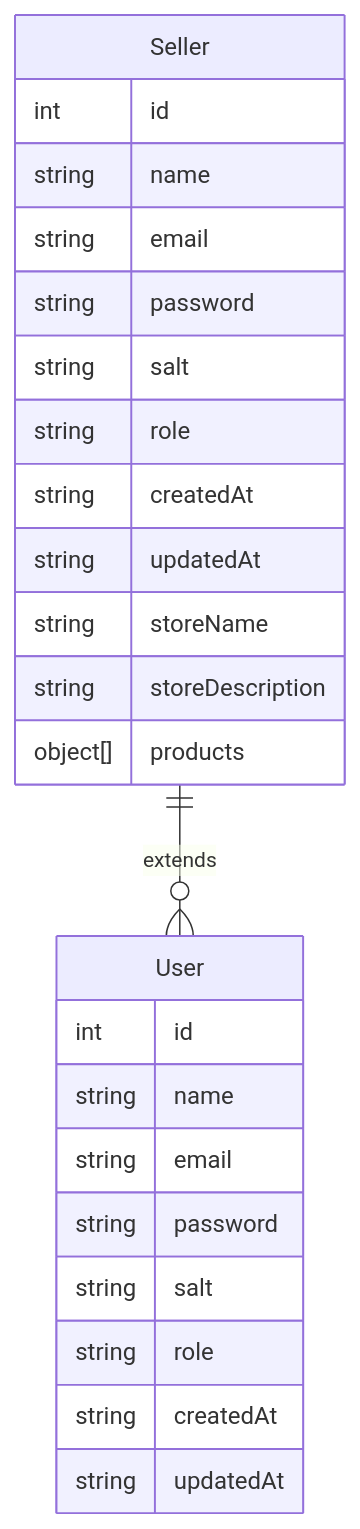
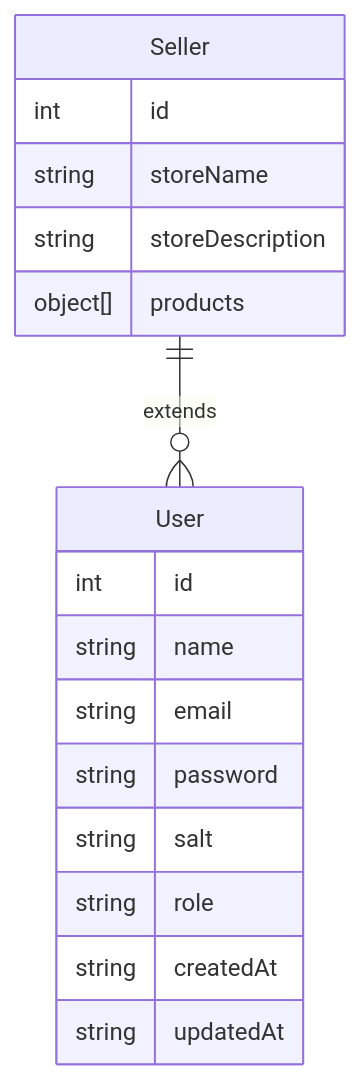
One commit to Phastboy/auth changed the first of 2 diagrams in src/users/boards/users.md. Above: the diagram before and after it, drawn with Mermaid. The commit also changed other lines of this file and 2 other files, not shown here.

First line of the commit message:
docs(users): update user registration documentation and add sequence diagram

````diff
--- a/src/users/boards/users.md
+++ b/src/users/boards/users.md
@@ -3,27 +11,20 @@
 ```mermaid
 erDiagram
-    Seller {
-      int id
-      string name
-      string email
-      string password
-      string salt
-      string role
-      string createdAt
-      string updatedAt
-      string storeName
-      string storeDescription
-      object[] products
-    }
-    Seller ||--o{ User : "extends"
     User {
       int id
       string name
       string email
       string password
       string salt
       string role
       string createdAt
       string updatedAt
     }
+    Seller {
+      int id
+      string storeName
+      string storeDescription
+      object[] products
+    }
+    Seller ||--o{ User : "extends"
 ```
````
